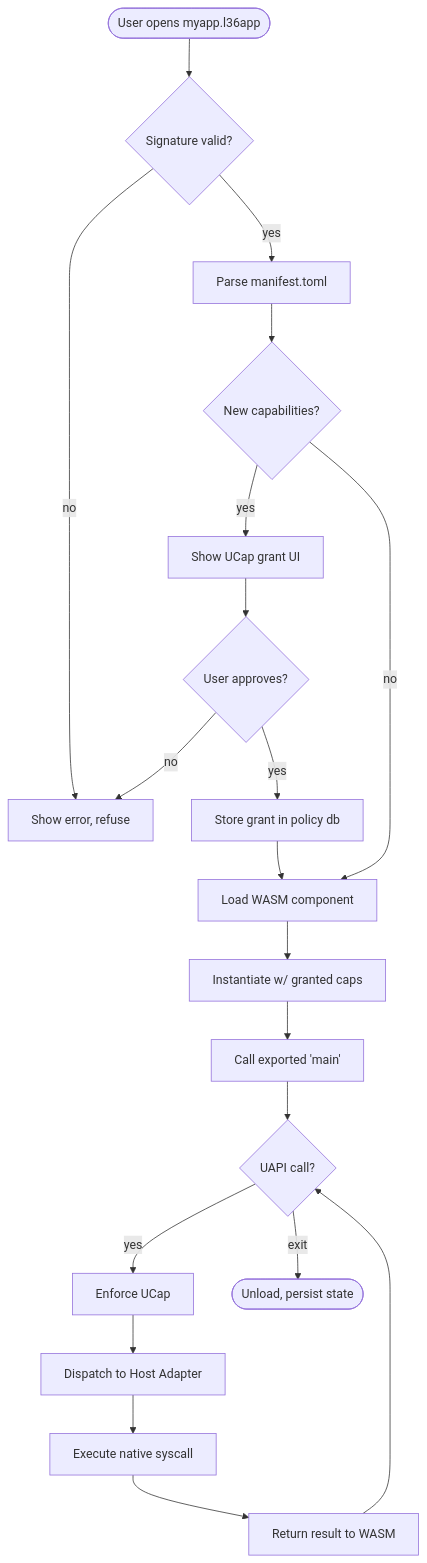
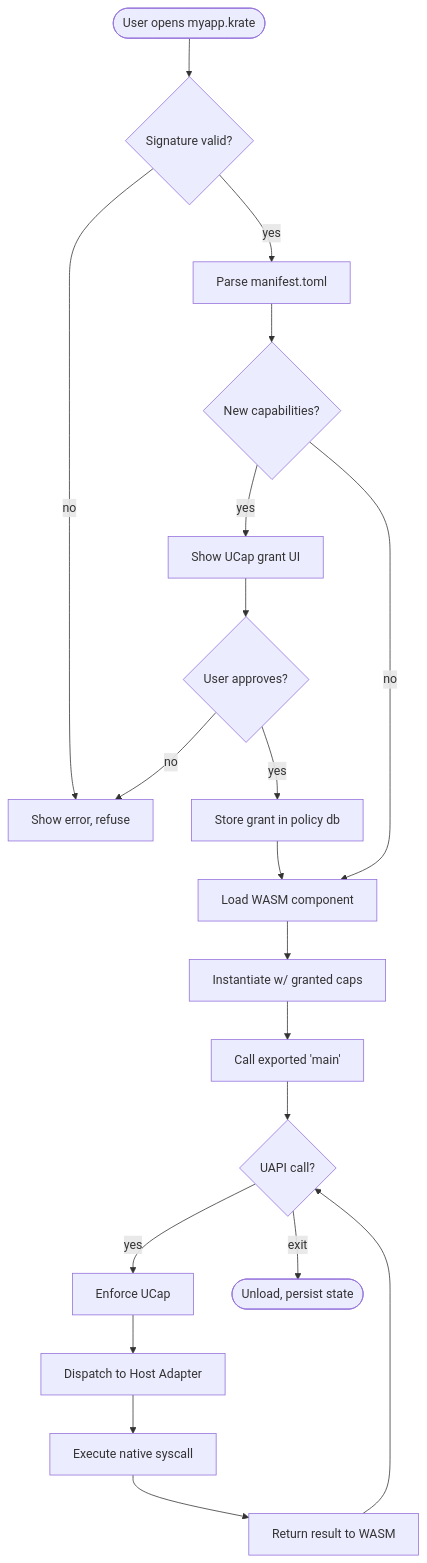
The fourth of 10 diagrams in Plan/Build-Plan.md (incyashraj/krate), drawn with Mermaid before and after one commit. The commit also changed other lines of this file and 13 other files, not shown here.

First line of the commit message:
docs: sweep .l36app to .krate and record the completed rename

````diff
--- a/Plan/Build-Plan.md
+++ b/Plan/Build-Plan.md
@@ -304,22 +304,22 @@
 ```mermaid
 flowchart TD
-    START([User opens myapp.l36app]) --> CHECK{Signature valid?}
+    START([User opens myapp.krate]) --> CHECK{Signature valid?}
     CHECK -- no --> REJECT[Show error, refuse]
     CHECK -- yes --> MANIFEST[Parse manifest.toml]
     MANIFEST --> CAPS{New capabilities?}
     CAPS -- yes --> PROMPT[Show UCap grant UI]
     PROMPT --> USER{User approves?}
     USER -- no --> REJECT
     USER -- yes --> STORE[Store grant in policy db]
     CAPS -- no --> LOAD[Load WASM component]
     STORE --> LOAD
     LOAD --> INST[Instantiate w/ granted caps]
     INST --> RUN[Call exported 'main']
     RUN --> LOOP{UAPI call?}
     LOOP -- yes --> ENFORCE[Enforce UCap]
     ENFORCE --> DISPATCH[Dispatch to Host Adapter]
     DISPATCH --> NATIVE[Execute native syscall]
     NATIVE --> RETURN[Return result to WASM]
     RETURN --> LOOP
     LOOP -- exit --> SHUTDOWN([Unload, persist state])
 ```
````
